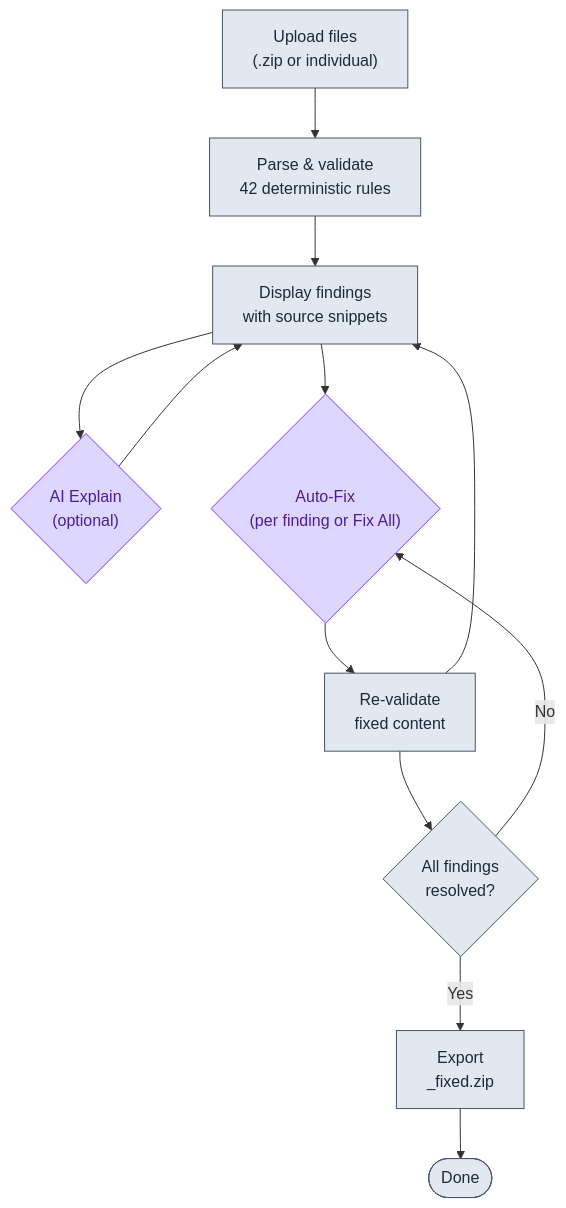
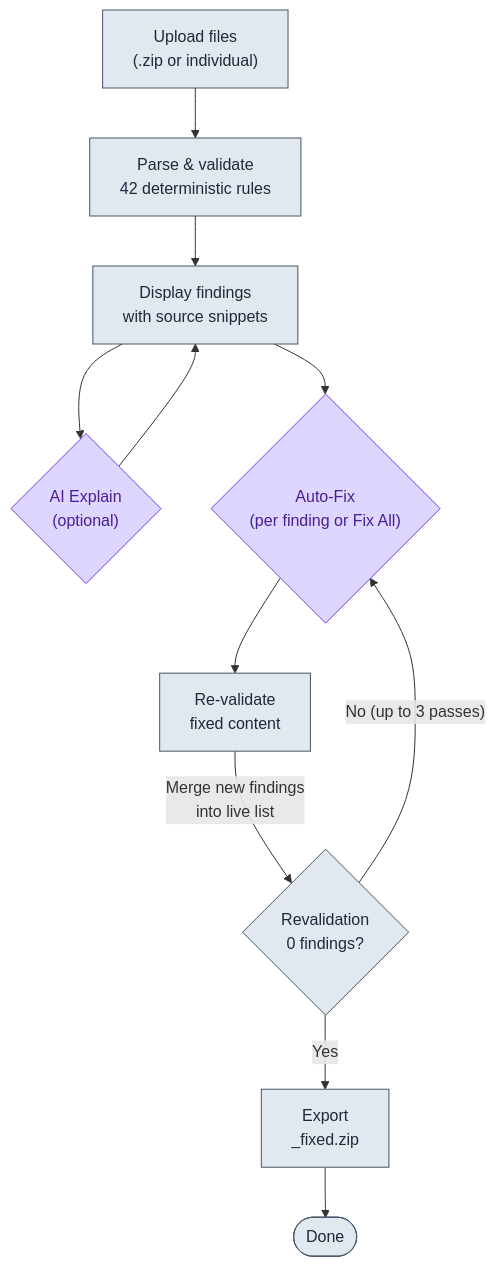
One commit to snedea/ArcaneAuditor changed the second of 2 diagrams in README.md. Above: the diagram before and after it, drawn with Mermaid. The commit also changed other lines of this file and 2 other files, not shown here.

````diff
--- a/README.md
+++ b/README.md
@@ -286,24 +286,23 @@
 ```mermaid
 flowchart TD
     A["Upload files\n(.zip or individual)"] --> B["Parse & validate\n42 deterministic rules"]
     B --> C["Display findings\nwith source snippets"]
     C --> D{"AI Explain\n(optional)"}
     D --> C
     C --> E{"Auto-Fix\n(per finding or Fix All)"}
     E --> F["Re-validate\nfixed content"]
-    F --> C
-    F --> G{"All findings\nresolved?"}
-    G -- No --> E
+    F -->|"Merge new findings\ninto live list"| G{"Revalidation\n0 findings?"}
+    G -- "No (up to 3 passes)" --> E
     G -- Yes --> H["Export\n_fixed.zip"]
     H --> I(["Done"])
 
     style A fill:#e2e8f0,stroke:#475569,color:#1e293b
     style B fill:#e2e8f0,stroke:#475569,color:#1e293b
     style C fill:#e2e8f0,stroke:#475569,color:#1e293b
     style F fill:#e2e8f0,stroke:#475569,color:#1e293b
     style H fill:#e2e8f0,stroke:#475569,color:#1e293b
     style D fill:#ddd6fe,stroke:#7c3aed,color:#4c1d95
     style E fill:#ddd6fe,stroke:#7c3aed,color:#4c1d95
     style G fill:#e2e8f0,stroke:#475569,color:#1e293b
     style I fill:#e2e8f0,stroke:#475569,color:#1e293b
 ```
````
